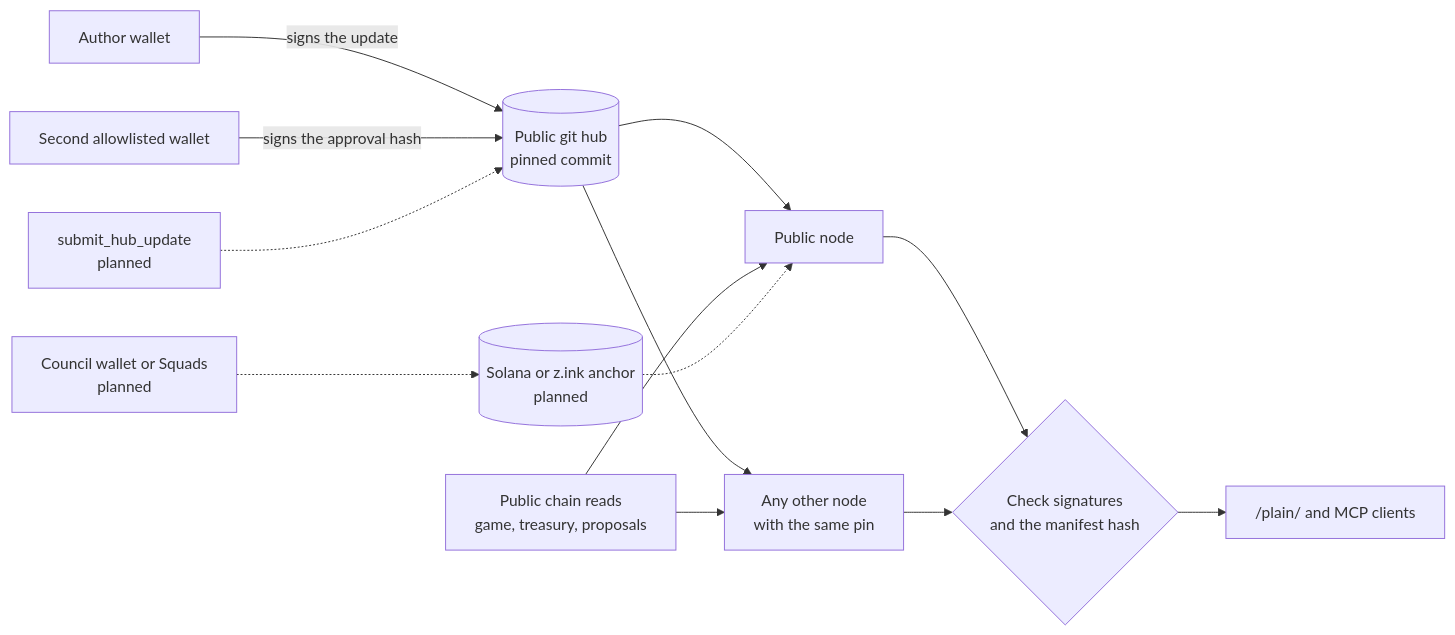
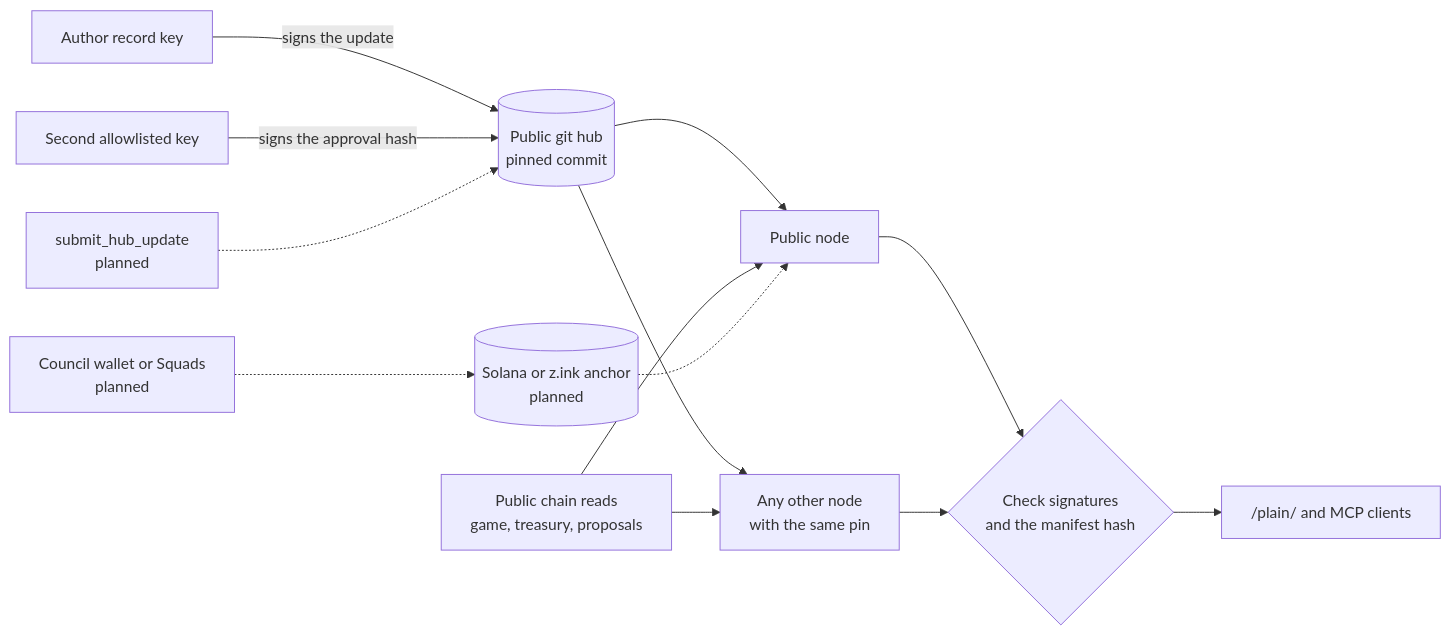
Before and after one commit to PhoenixClaw01/sa-ecosystem-node: the first of 2 diagrams in docs/decentralization.md, drawn with Mermaid. The commit also changed other lines of this file and 20 other files, not shown here.

````diff
--- a/docs/decentralization.md
+++ b/docs/decentralization.md
@@ -19,15 +19,15 @@
 ```mermaid
 flowchart LR
-  E[Author wallet] -->|signs the update| S[(Public git hub<br/>pinned commit)]
-  F[Second allowlisted wallet] -->|signs the approval hash| S
+  E[Author record key] -->|signs the update| S[(Public git hub<br/>pinned commit)]
+  F[Second allowlisted key] -->|signs the approval hash| S
   S --> N1[Public node]
   S --> N2[Any other node<br/>with the same pin]
   CH[Public chain reads<br/>game, treasury, proposals] --> N1
   CH --> N2
   N1 --> V{Check signatures<br/>and the manifest hash}
   N2 --> V
   V --> D["/plain/ and MCP clients"]
   C[Council wallet or Squads<br/>planned] -.-> A[(Solana or z.ink anchor<br/>planned)]
   A -.-> N1
   Q[submit_hub_update<br/>planned] -.-> S
 ```
````
